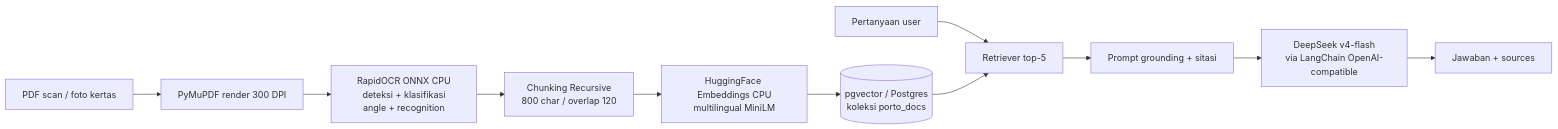
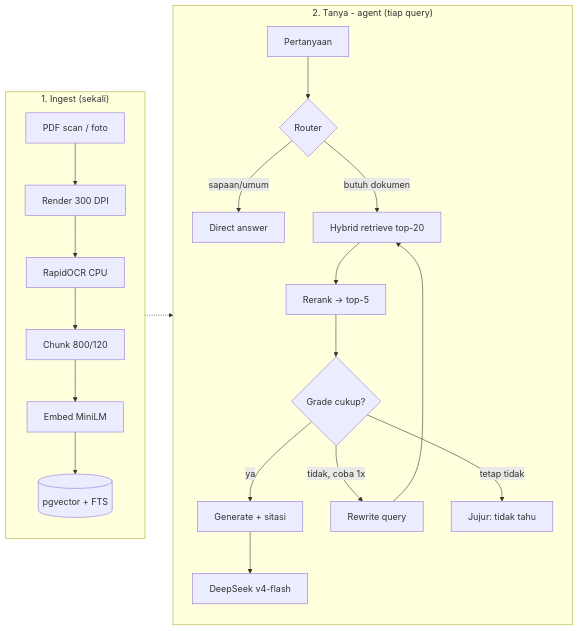
The diagram in docs/01-arsitektur.md (adityanuriskandar17/ocr-rag-deepseek-pgvector), drawn with Mermaid before and after one commit. The commit also changed other lines of this file and 16 other files, not shown here.

Commit message:
feat: Agentic RAG v2 (hybrid FTS+RRF, reranker multilingual, LangGraph router-grade-rewrite) + docs

````diff
--- a/docs/01-arsitektur.md
+++ b/docs/01-arsitektur.md
@@ -3,13 +3,25 @@
 ```mermaid
 flowchart LR
-    A[PDF scan / foto kertas] --> B[PyMuPDF render 300 DPI]
-    B --> C[RapidOCR ONNX CPU\n deteksi + klasifikasi angle + recognition]
-    C --> D[Chunking Recursive\n800 char / overlap 120]
-    D --> E[HuggingFace Embeddings CPU\nmultilingual MiniLM]
-    E --> F[(pgvector / Postgres\nkoleksi porto_docs)]
-    G[Pertanyaan user] --> H[Retriever top-5]
-    F --> H
-    H --> I[Prompt grounding + sitasi]
-    I --> J[DeepSeek v4-flash\nvia LangChain OpenAI-compatible]
-    J --> K[Jawaban + sources]
+    subgraph Ingest["1. Ingest (sekali)"]
+        direction TB
+        A[PDF scan / foto] --> B[Render 300 DPI]
+        B --> C[RapidOCR CPU]
+        C --> D[Chunk 800/120]
+        D --> E[Embed MiniLM]
+        E --> F[(pgvector + FTS)]
+    end
+    subgraph Query["2. Tanya - agent (tiap query)"]
+        direction TB
+        G[Pertanyaan] --> R{Router}
+        R -->|sapaan/umum| Z[Direct answer]
+        R -->|butuh dokumen| H[Hybrid retrieve top-20]
+        H --> RR[Rerank → top-5]
+        RR --> GR{Grade cukup?}
+        GR -->|ya| I[Generate + sitasi]
+        GR -->|tidak, coba 1x| RW[Rewrite query]
+        RW --> H
+        GR -->|tetap tidak| N[Jujur: tidak tahu]
+        I --> J[DeepSeek v4-flash]
+    end
+    F -.-> H
 ```
````
